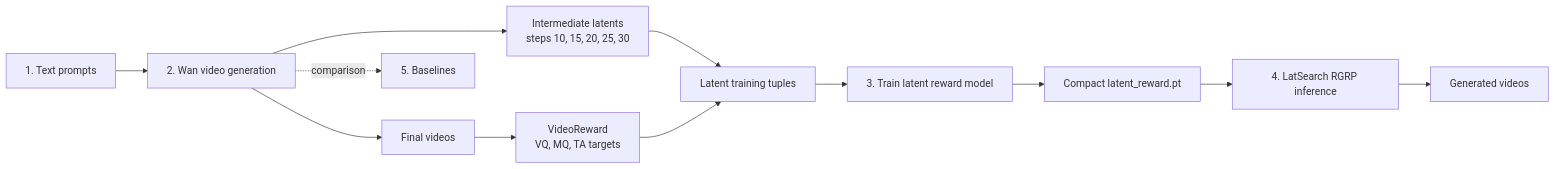
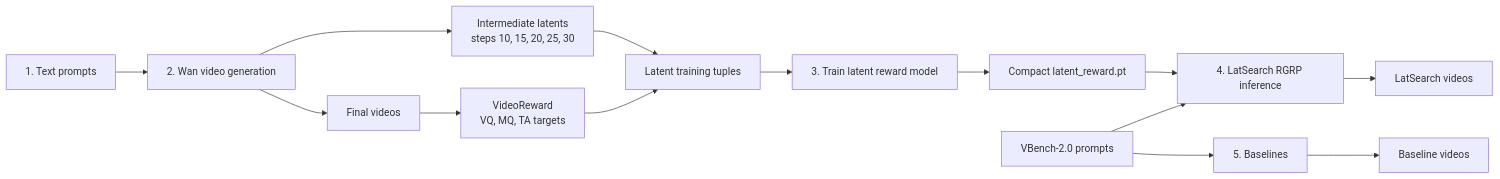
The diagram in README.md (zengqunzhao/LatSearch), drawn with Mermaid before and after one commit. The commit also changed other lines of this file, not shown here.

````diff
--- a/README.md
+++ b/README.md
@@ -209,14 +209,16 @@
 ```mermaid
 flowchart LR
     A["1. Text prompts"] --> B["2. Wan video generation"]
     B --> C["Intermediate latents<br/>steps 10, 15, 20, 25, 30"]
     B --> D["Final videos"]
     D --> E["VideoReward<br/>VQ, MQ, TA targets"]
     C --> F["Latent training tuples"]
     E --> F
     F --> G["3. Train latent reward model"]
     G --> H["Compact latent_reward.pt"]
     H --> I["4. LatSearch RGRP inference"]
-    I --> J["Generated videos"]
-    B -. comparison .-> K["5. Baselines"]
+    V["VBench-2.0 prompts"] --> I
+    I --> J["LatSearch videos"]
+    V --> K["5. Baselines"]
+    K --> L["Baseline videos"]
 ```
````
